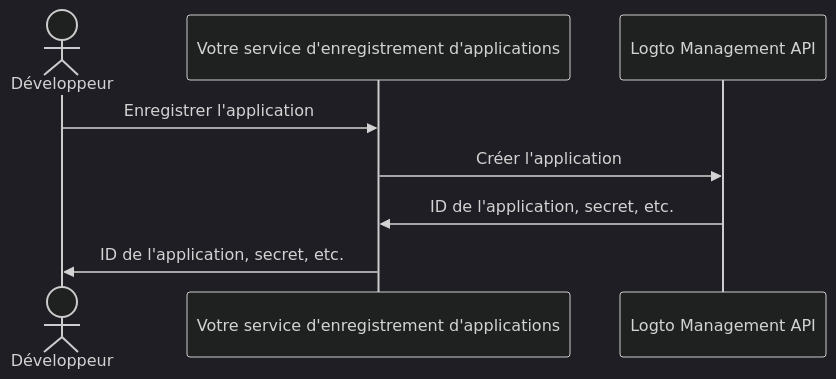
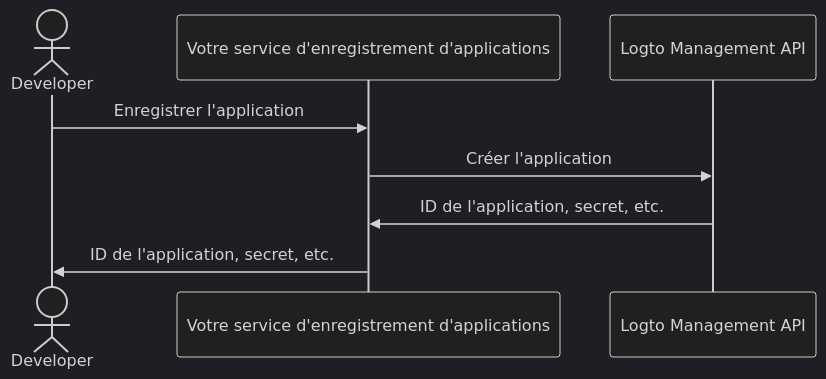
Before and after one commit to logto-io/docs: the first of 2 diagrams in i18n/fr/docusaurus-plugin-content-docs/current/use-cases/ai/fragments/_configure-third-party-ai-agent.mdx, drawn with Mermaid (dark theme). The commit also changed other lines of this file and 71 other files, not shown here.

````diff
--- a/i18n/fr/docusaurus-plugin-content-docs/current/use-cases/ai/fragments/_configure-third-party-ai-agent.mdx
+++ b/i18n/fr/docusaurus-plugin-content-docs/current/use-cases/ai/fragments/_configure-third-party-ai-agent.mdx
@@ -19,10 +25,10 @@
 ```mermaid
 sequenceDiagram
-  actor Développeur
-  participant Serveur as Votre service d'enregistrement d'applications
+  actor Developer
+  participant Server as Votre service d'enregistrement d'applications
   participant Logto as Logto Management API
-  Développeur->>Serveur: Enregistrer l'application
-  Serveur->>Logto: Créer l'application
-  Logto->>Serveur: ID de l'application, secret, etc.
-  Serveur->>Développeur: ID de l'application, secret, etc.
+  Developer->>Server: Enregistrer l'application
+  Server->>Logto: Créer l'application
+  Logto->>Server: ID de l'application, secret, etc.
+  Server->>Developer: ID de l'application, secret, etc.
 ```
````
